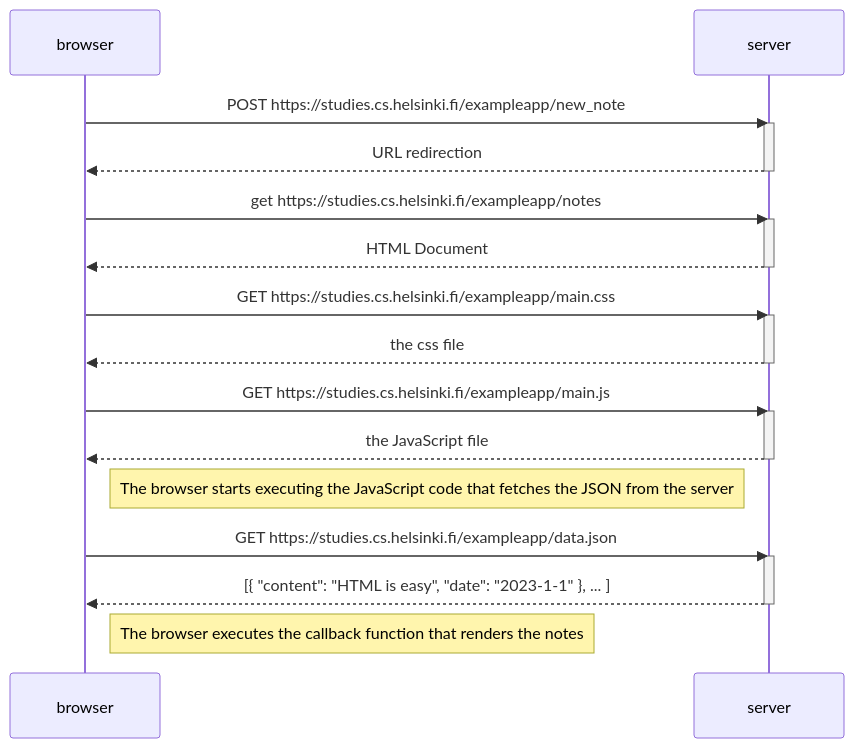
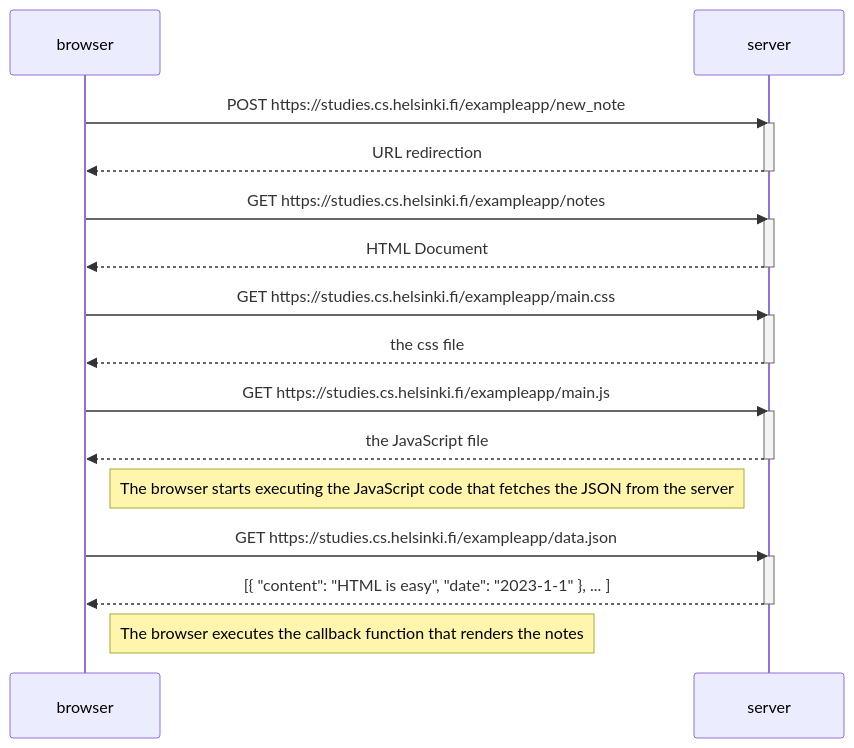
Before and after one commit to hilliaho/fullstack: the diagram in osa0/t0.4.md, drawn with Mermaid.

````diff
--- a/osa0/t0.4.md
+++ b/osa0/t0.4.md
@@ -1,34 +1,34 @@
 ```mermaid
 sequenceDiagram
     participant browser
     participant server
     
     browser->>server: POST https://studies.cs.helsinki.fi/exampleapp/new_note
     activate server
     server-->>browser: URL redirection
     deactivate server
     
-    browser->>server: get https://studies.cs.helsinki.fi/exampleapp/notes
+    browser->>server: GET https://studies.cs.helsinki.fi/exampleapp/notes
     activate server
     server-->>browser: HTML Document
     deactivate server
     
     browser->>server: GET https://studies.cs.helsinki.fi/exampleapp/main.css
     activate server
     server-->>browser: the css file
     deactivate server
     
     browser->>server: GET https://studies.cs.helsinki.fi/exampleapp/main.js
     activate server
     server-->>browser: the JavaScript file
     deactivate server
     
     Note right of browser: The browser starts executing the JavaScript code that fetches the JSON from the server
     
     browser->>server: GET https://studies.cs.helsinki.fi/exampleapp/data.json
     activate server
     server-->>browser: [{ "content": "HTML is easy", "date": "2023-1-1" }, ... ]
     deactivate server    
 
     Note right of browser: The browser executes the callback function that renders the notes 
 ```
````
